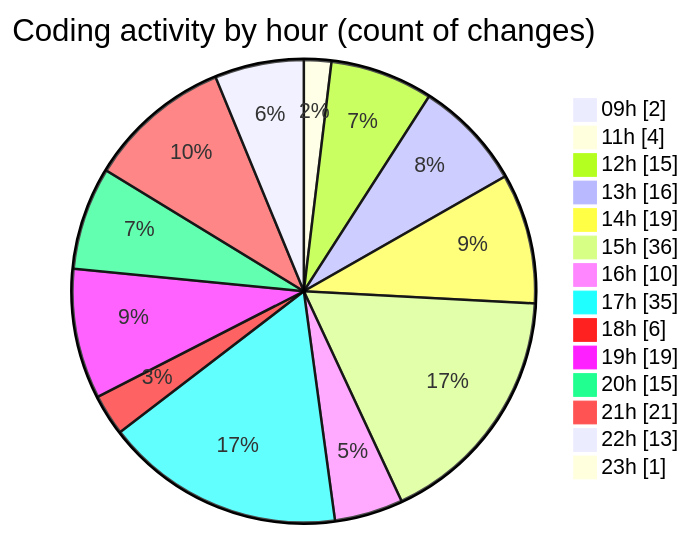
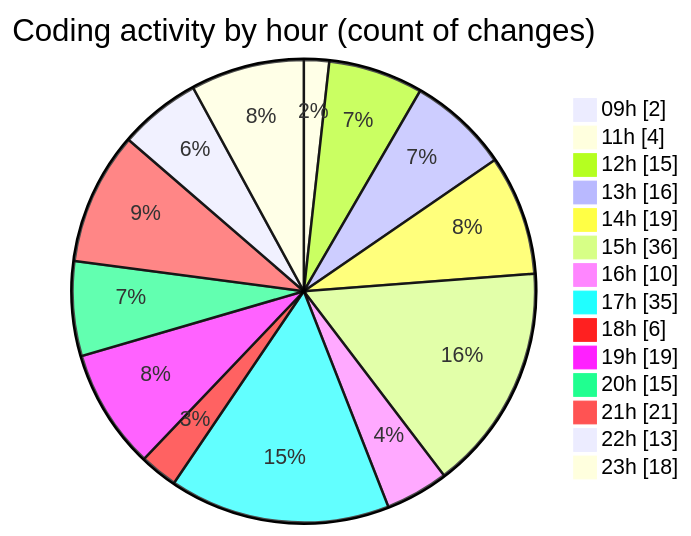
Before and after one commit to Elitesun/code-tracking: the second of 2 diagrams in 2025-04-30/niten/README.md, drawn with Mermaid. The commit also changed other lines of this file and 1 other file, not shown here.

````diff
--- a/2025-04-30/niten/README.md
+++ b/2025-04-30/niten/README.md
@@ -84,18 +88,18 @@
 ```mermaid
 pie showData
 title Coding activity by hour (count of changes)
 "09h" : 2
 "11h" : 4
 "12h" : 15
 "13h" : 16
 "14h" : 19
 "15h" : 36
 "16h" : 10
 "17h" : 35
 "18h" : 6
 "19h" : 19
 "20h" : 15
 "21h" : 21
 "22h" : 13
-"23h" : 1
+"23h" : 18
 ```
````
